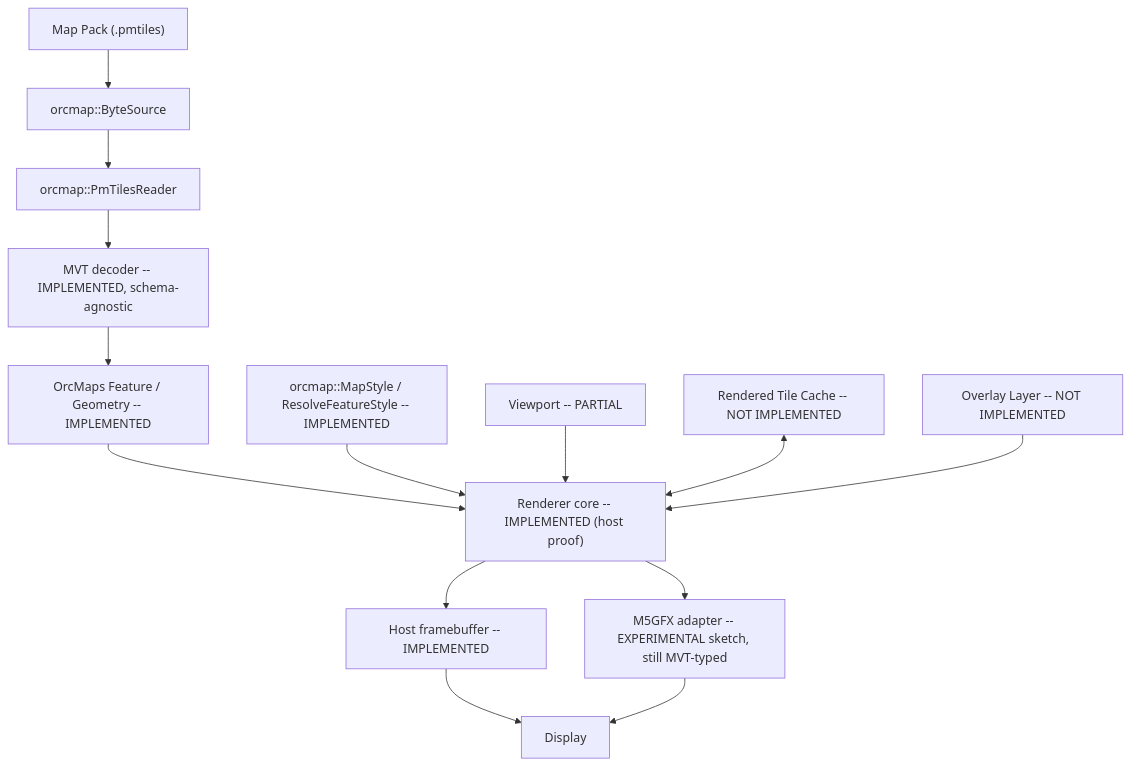
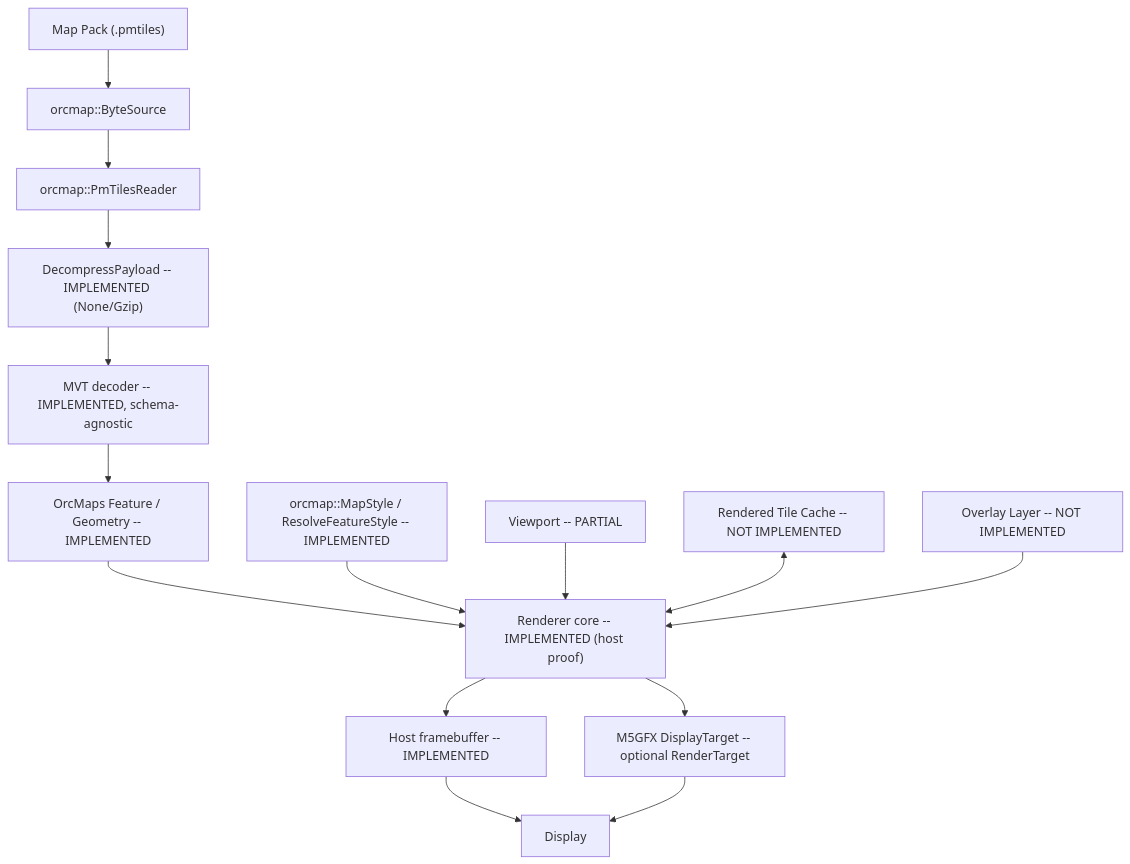
One commit to hardcoreerik/orcmaps changed the diagram in ARCHITECTURE.md. Above: the diagram before and after it, drawn with Mermaid. The commit also changed other lines of this file and 27 other files, not shown here.

First line of the commit message:
Export M5GFX adapter headers and add bounded gzip decompression

````diff
--- a/ARCHITECTURE.md
+++ b/ARCHITECTURE.md
@@ -11,30 +11,32 @@
 ```mermaid
 flowchart TD
     Pack["Map Pack (.pmtiles)"]
     Source["orcmap::ByteSource"]
     Reader["orcmap::PmTilesReader"]
+    Inflate["DecompressPayload -- IMPLEMENTED (None/Gzip)"]
     Tile["MVT decoder -- IMPLEMENTED, schema-agnostic"]
     Features["OrcMaps Feature / Geometry -- IMPLEMENTED"]
     Style["orcmap::MapStyle / ResolveFeatureStyle -- IMPLEMENTED"]
     Viewport["Viewport -- PARTIAL"]
     Cache["Rendered Tile Cache -- NOT IMPLEMENTED"]
     Core["Renderer core -- IMPLEMENTED (host proof)"]
     Host["Host framebuffer -- IMPLEMENTED"]
-    M5["M5GFX adapter -- EXPERIMENTAL sketch, still MVT-typed"]
+    M5["M5GFX DisplayTarget -- optional RenderTarget"]
     Overlay["Overlay Layer -- NOT IMPLEMENTED"]
     Display["Display"]
 
     Pack --> Source
     Source --> Reader
-    Reader --> Tile
+    Reader --> Inflate
+    Inflate --> Tile
     Tile --> Features
     Features --> Core
     Style --> Core
     Viewport --> Core
     Cache <--> Core
     Core --> Host
     Core --> M5
     Host --> Display
     M5 --> Display
     Overlay --> Core
 ```
````
